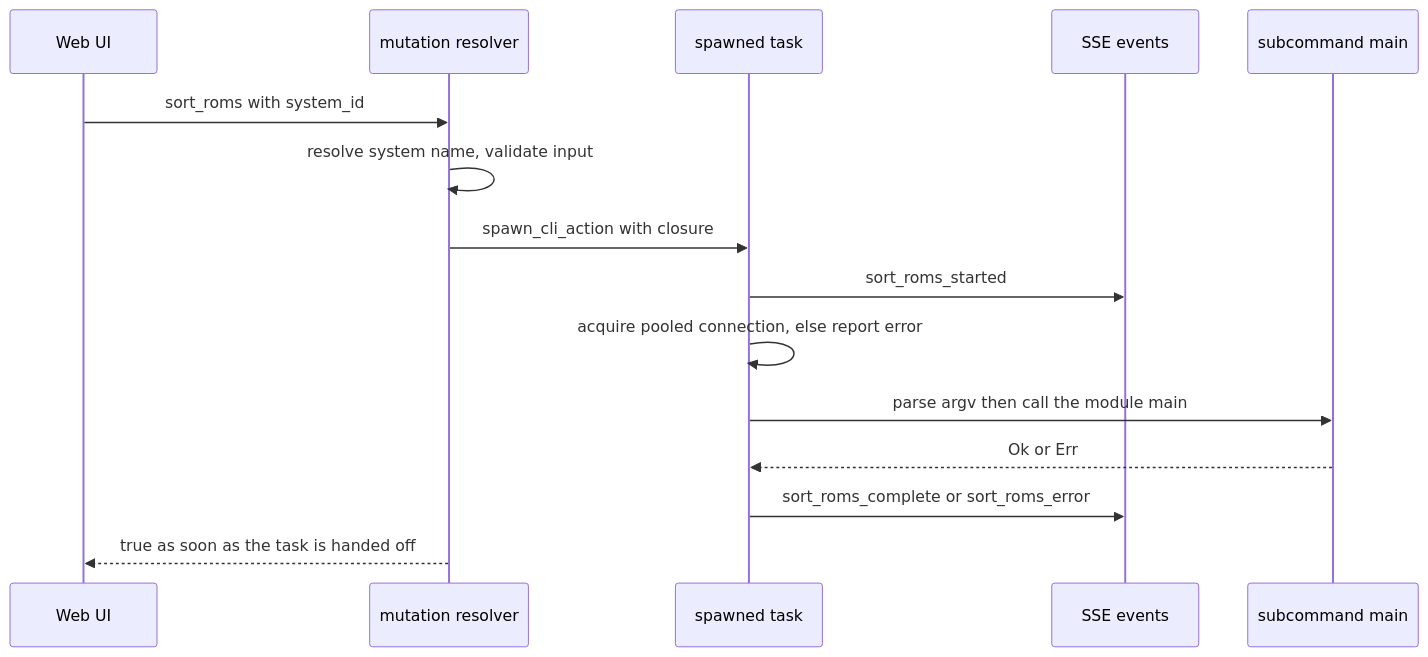
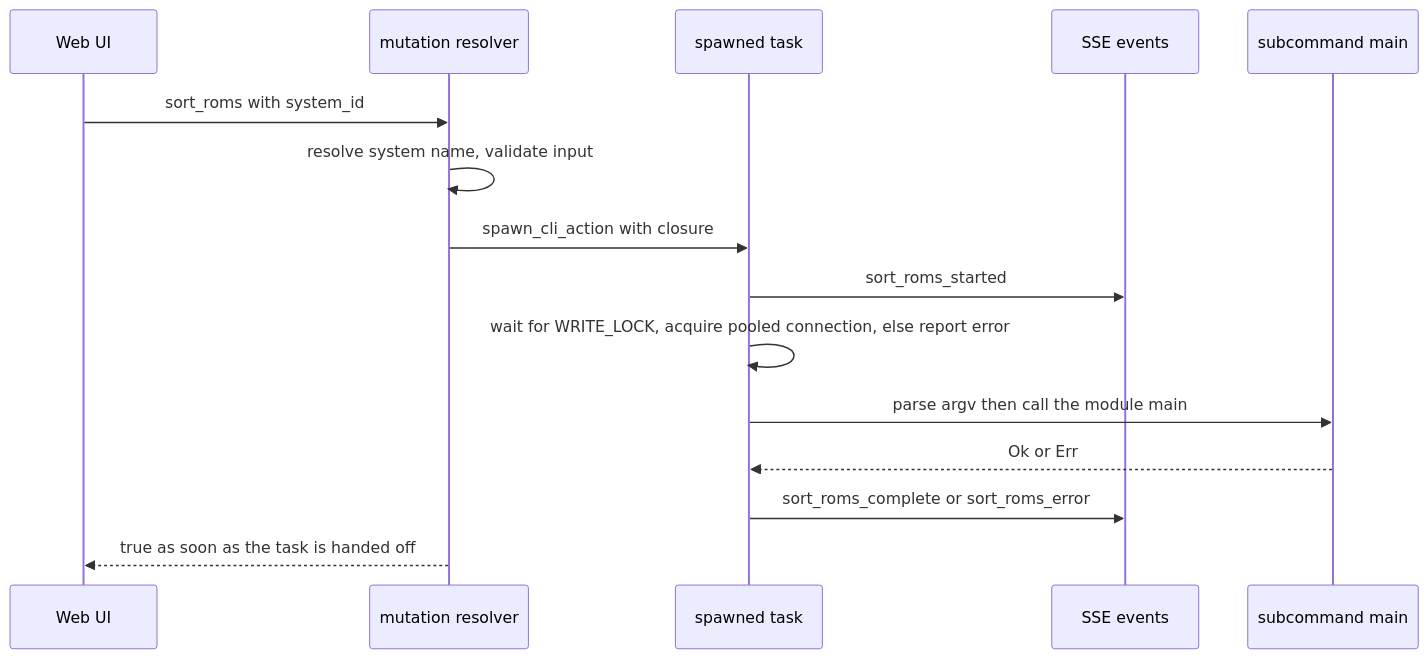
The second of 2 diagrams in openwiki/architecture/overview.md (alucryd/oxyromon), drawn with Mermaid before and after one commit. The commit also changed other lines of this file and 57 other files, not shown here.

````diff
--- a/openwiki/architecture/overview.md
+++ b/openwiki/architecture/overview.md
@@ -214,18 +216,18 @@
 ```mermaid
 sequenceDiagram
   participant UI as Web UI
   participant M as mutation resolver
   participant T as spawned task
   participant B as SSE events
   participant S as subcommand main
 
   UI->>M: sort_roms with system_id
   M->>M: resolve system name, validate input
   M->>T: spawn_cli_action with closure
   T->>B: sort_roms_started
-  T->>T: acquire pooled connection, else report error
+  T->>T: wait for WRITE_LOCK, acquire pooled connection, else report error
   T->>S: parse argv then call the module main
   S-->>T: Ok or Err
   T->>B: sort_roms_complete or sort_roms_error
   M-->>UI: true as soon as the task is handed off
 ```
````
